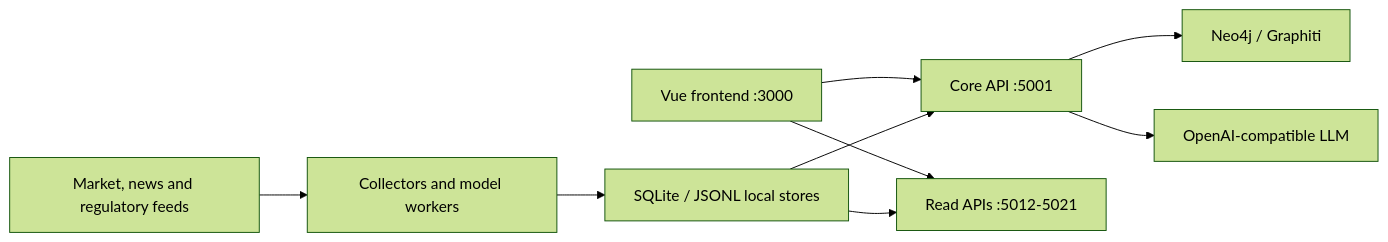
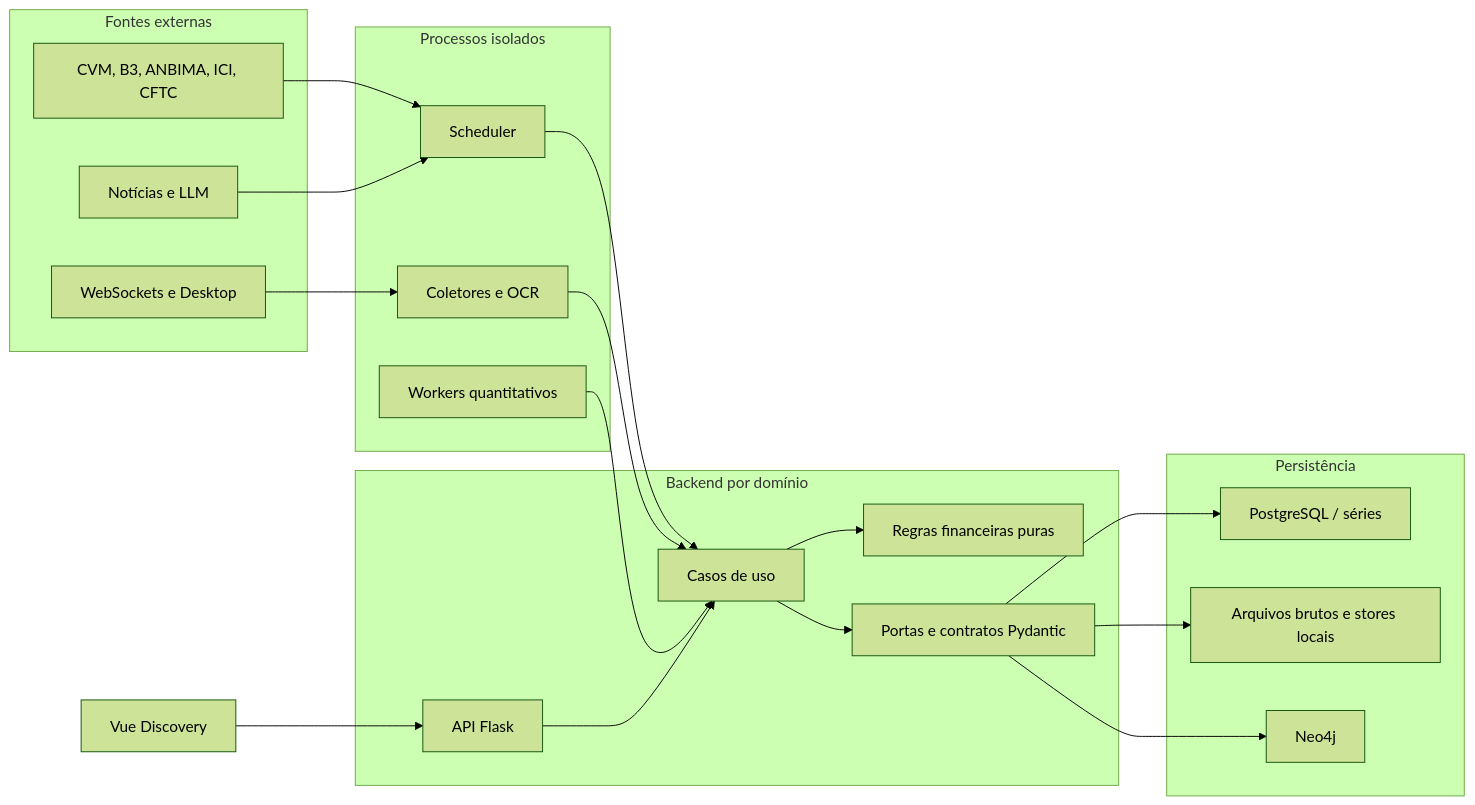
Before and after one commit to guitartarotti/Aquiles: the diagram in README.md, drawn with Mermaid (forest theme). The commit also changed other lines of this file and 1 other file, not shown here.

````diff
--- a/README.md
+++ b/README.md
@@ -20,11 +85,40 @@
 ```mermaid
 flowchart LR
-    UI["Vue frontend :3000"] --> API["Core API :5001"]
-    UI --> READ["Read APIs :5012-5021"]
-    FEEDS["Market, news and regulatory feeds"] --> WORKERS["Collectors and model workers"]
-    WORKERS --> STORE["SQLite / JSONL local stores"]
-    STORE --> API
-    STORE --> READ
-    API --> GRAPH["Neo4j / Graphiti"]
-    API --> LLM["OpenAI-compatible LLM"]
+    subgraph Sources["Fontes externas"]
+        RT["WebSockets e Desktop"]
+        REG["CVM, B3, ANBIMA, ICI, CFTC"]
+        AI["Notícias e LLM"]
+    end
+
+    subgraph Runtime["Processos isolados"]
+        SCH["Scheduler"]
+        COL["Coletores e OCR"]
+        MOD["Workers quantitativos"]
+    end
+
+    subgraph Core["Backend por domínio"]
+        API["API Flask"]
+        APP["Casos de uso"]
+        DOM["Regras financeiras puras"]
+        PORT["Portas e contratos Pydantic"]
+    end
+
+    subgraph Data["Persistência"]
+        PG["PostgreSQL / séries"]
+        FILE["Arquivos brutos e stores locais"]
+        GRAPH["Neo4j"]
+    end
+
+    UI["Vue Discovery"] --> API
+    RT --> COL
+    REG --> SCH
+    AI --> SCH
+    SCH --> APP
+    COL --> APP
+    MOD --> APP
+    API --> APP --> DOM
+    APP --> PORT
+    PORT --> PG
+    PORT --> FILE
+    PORT --> GRAPH
 ```
````
